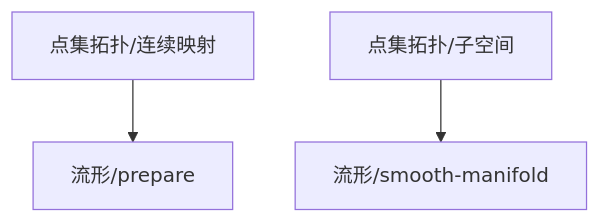
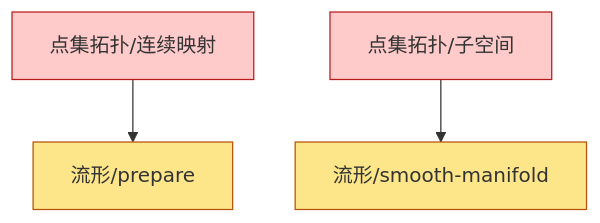
One commit to zeroDtree/zeroDtree.github.io changed the diagram in content/流形/dependency_graph.md. Above: the diagram before and after it, drawn with Mermaid. The commit also changed 16 other files, not shown here.

````diff
--- a/content/流形/dependency_graph.md
+++ b/content/流形/dependency_graph.md
@@ -1,5 +1,11 @@
 ```mermaid
 graph TD
 1["点集拓扑/连续映射"] --> 0["流形/prepare"]
 3["点集拓扑/子空间"] --> 2["流形/smooth-manifold"]
+classDef leaf fill:#fde68a,stroke:#b45309
+class 0,2 leaf
+classDef root fill:#bfdbfe,stroke:#1d4ed8
+class 4 root
+classDef externalRoot fill:#fecaca,stroke:#b91c1c
+class 1,3 externalRoot
 ```
````
